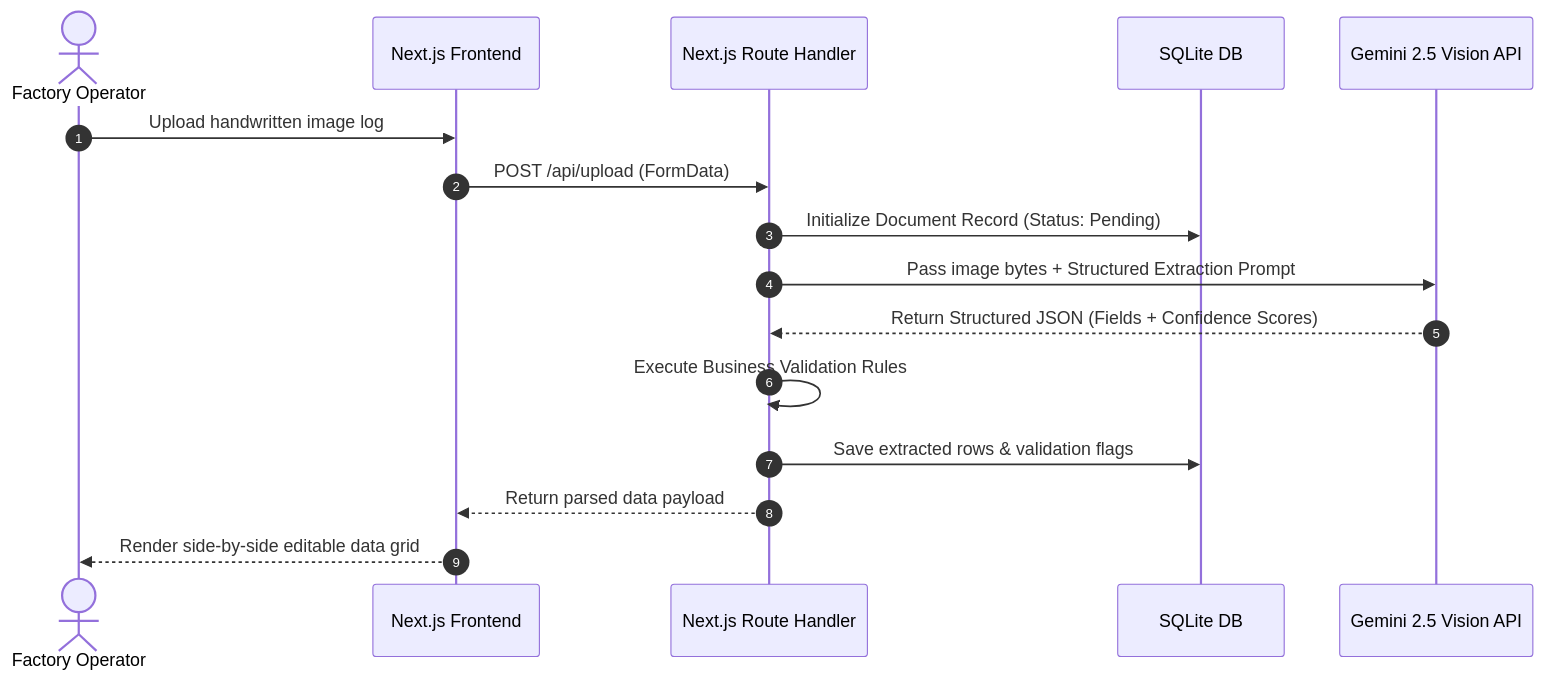
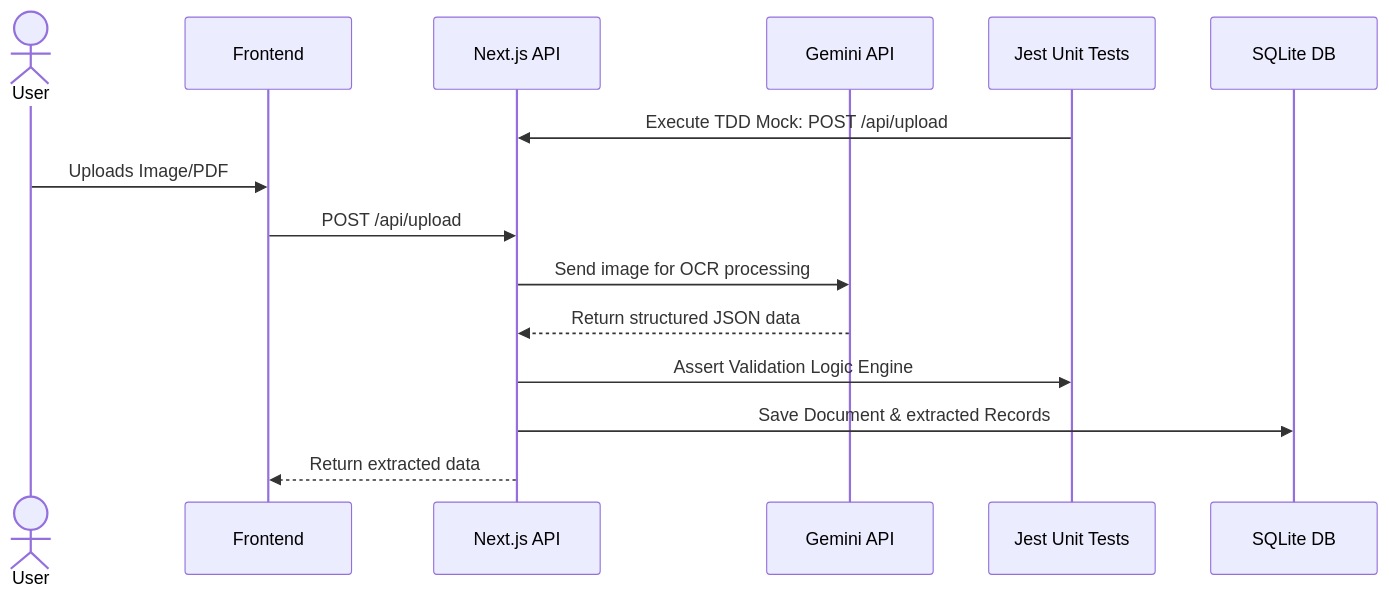
Before and after one commit to nanthitha25/biztelai: the fourth of 8 diagrams in README.md, drawn with Mermaid. The commit also changed other lines of this file and 40 other files, not shown here.

````diff
--- a/README.md
+++ b/README.md
@@ -113,19 +138,18 @@
 ```mermaid
 sequenceDiagram
-    autonumber
-    actor Operator as Factory Operator
-    participant UI as Next.js Frontend
-    participant API as Next.js Route Handler
+    actor User
+    participant UI as Frontend
+    participant API as Next.js API
+    participant AI as Gemini API
+    participant Test as Jest Unit Tests
     participant DB as SQLite DB
-    participant Gemini as Gemini 2.5 Vision API
 
-    Operator->>UI: Upload handwritten image log
-    UI->>API: POST /api/upload (FormData)
-    API->>DB: Initialize Document Record (Status: Pending)
-    API->>Gemini: Pass image bytes + Structured Extraction Prompt
-    Gemini-->>API: Return Structured JSON (Fields + Confidence Scores)
-    API->>API: Execute Business Validation Rules
-    API->>DB: Save extracted rows & validation flags
-    API-->>UI: Return parsed data payload
-    UI-->>Operator: Render side-by-side editable data grid
+    Test->>API: Execute TDD Mock: POST /api/upload
+    User->>UI: Uploads Image/PDF
+    UI->>API: POST /api/upload
+    API->>AI: Send image for OCR processing
+    AI-->>API: Return structured JSON data
+    API->>Test: Assert Validation Logic Engine
+    API->>DB: Save Document & extracted Records
+    API-->>UI: Return extracted data
 ```
````
